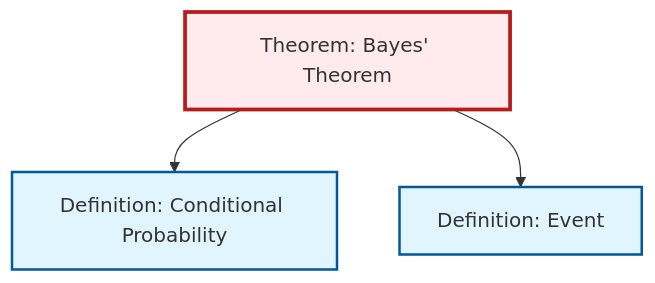
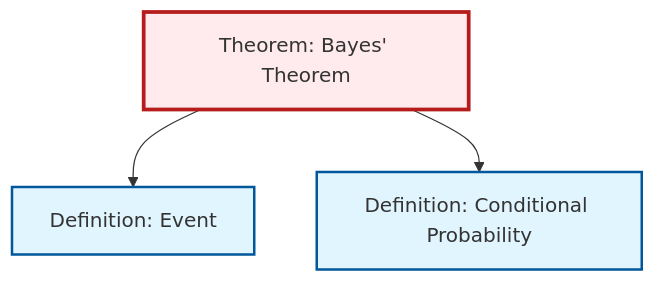
The diagram in content/ja/probability-statistics/thm-bayes.qmd (RK0429/ModernMath), drawn with Mermaid before and after one commit. The commit also changed other lines of this file and 634 other files, not shown here.

````diff
--- a/content/ja/probability-statistics/thm-bayes.qmd
+++ b/content/ja/probability-statistics/thm-bayes.qmd
@@ -89,17 +89,17 @@
 ```{mermaid}
 %%| fig-cap: "Local dependency graph"
 graph TD
     classDef definition fill:#e1f5fe,stroke:#01579b,stroke-width:2px
     classDef theorem fill:#f3e5f5,stroke:#4a148c,stroke-width:2px
     classDef axiom fill:#fff3e0,stroke:#e65100,stroke-width:2px
     classDef example fill:#e8f5e9,stroke:#1b5e20,stroke-width:2px
     classDef current fill:#ffebee,stroke:#b71c1c,stroke-width:3px
+    def-event["Definition: Event"]:::definition
     def-conditional-probability["Definition: Conditional Probability"]:::definition
-    def-event["Definition: Event"]:::definition
     thm-bayes["Theorem: Bayes' Theorem"]:::theorem
+    thm-bayes --> def-event
     thm-bayes --> def-conditional-probability
-    thm-bayes --> def-event
     class thm-bayes current
+    click def-event "def-event.html" "Definition: Eventへ"
     click def-conditional-probability "def-conditional-probability.html" "Definition: Conditional Probabilityへ"
-    click def-event "def-event.html" "Definition: Eventへ"
 ```
````
